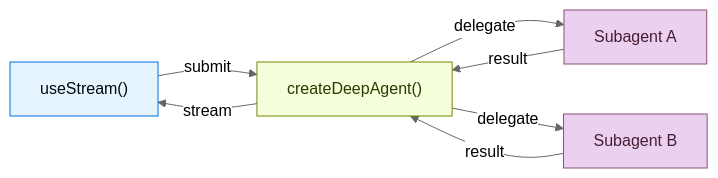
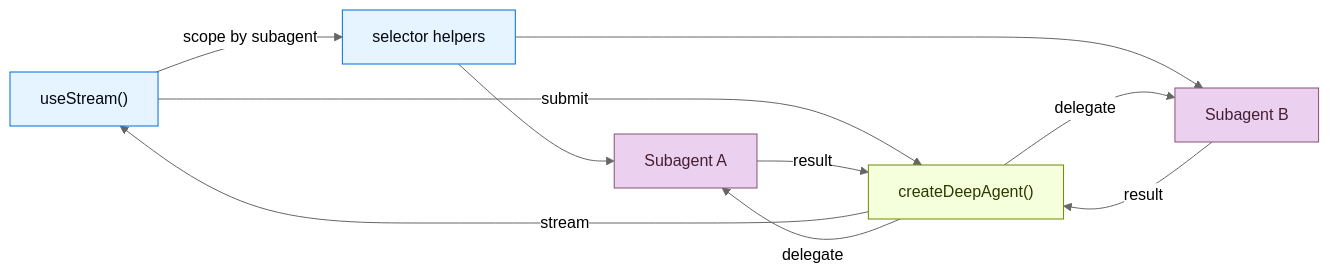
One commit to langchain-ai/docs changed the diagram in src/oss/deepagents/frontend/overview.mdx. Above: the diagram before and after it, drawn with Mermaid (neutral theme). The commit also changed other lines of this file and 20 other files, not shown here.

````diff
--- a/src/oss/deepagents/frontend/overview.mdx
+++ b/src/oss/deepagents/frontend/overview.mdx
@@ -12,29 +12,33 @@
 ```mermaid
 %%{
   init: {
     "fontFamily": "monospace",
     "flowchart": {
       "curve": "curve"
     }
   }
 }%%
 graph LR
   FRONTEND["useStream()"]
+  SELECTORS["selector helpers"]
   BACKEND["createDeepAgent()"]
   SUB1["Subagent A"]
   SUB2["Subagent B"]
 
   BACKEND --"stream"--> FRONTEND
+  FRONTEND --"scope by subagent"--> SELECTORS
+  SELECTORS --> SUB1
+  SELECTORS --> SUB2
   FRONTEND --"submit"--> BACKEND
   BACKEND --"delegate"--> SUB1
   BACKEND --"delegate"--> SUB2
   SUB1 --"result"--> BACKEND
   SUB2 --"result"--> BACKEND
 
   classDef blueHighlight fill:#E5F4FF,stroke:#006DDD,color:#030710;
   classDef greenHighlight fill:#F6FFDB,stroke:#6E8900,color:#2E3900;
   classDef purpleHighlight fill:#EBD0F0,stroke:#885270,color:#441E33;
-  class FRONTEND blueHighlight;
+  class FRONTEND,SELECTORS blueHighlight;
   class BACKEND greenHighlight;
   class SUB1,SUB2 purpleHighlight;
 ```
````
